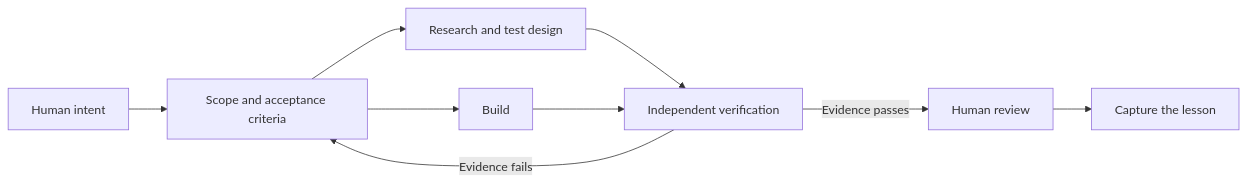
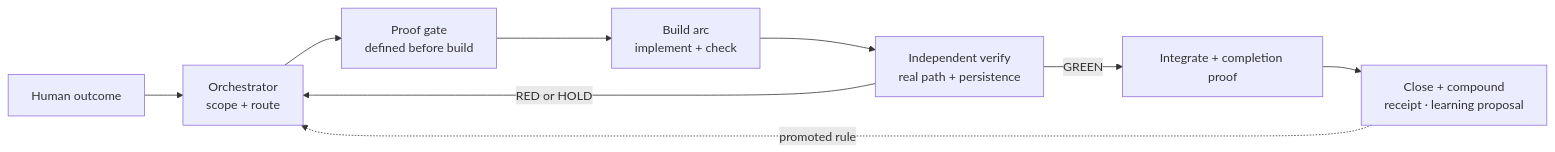
One commit to jbmonu87/nexus-proof-gated-loop changed the diagram in README.md. Above: the diagram before and after it, drawn with Mermaid. The commit also changed other lines of this file and 4 other files, not shown here.

````diff
--- a/README.md
+++ b/README.md
@@ -31,11 +31,11 @@
 ```mermaid
 flowchart LR
-    A[Human intent] --> B[Scope and acceptance criteria]
-    B --> C[Research and test design]
-    B --> D[Build]
-    C --> E[Independent verification]
-    D --> E
-    E -->|Evidence fails| B
-    E -->|Evidence passes| F[Human review]
-    F --> G[Capture the lesson]
+    A[Human outcome] --> B[Orchestrator<br/>scope + route]
+    B --> C[Proof gate<br/>defined before build]
+    C --> D[Build arc<br/>implement + check]
+    D --> E[Independent verify<br/>real path + persistence]
+    E -->|GREEN| F[Integrate + completion proof]
+    E -->|RED or HOLD| B
+    F --> G[Close + compound<br/>receipt · learning proposal]
+    G -. promoted rule .-> B
 ```
````
